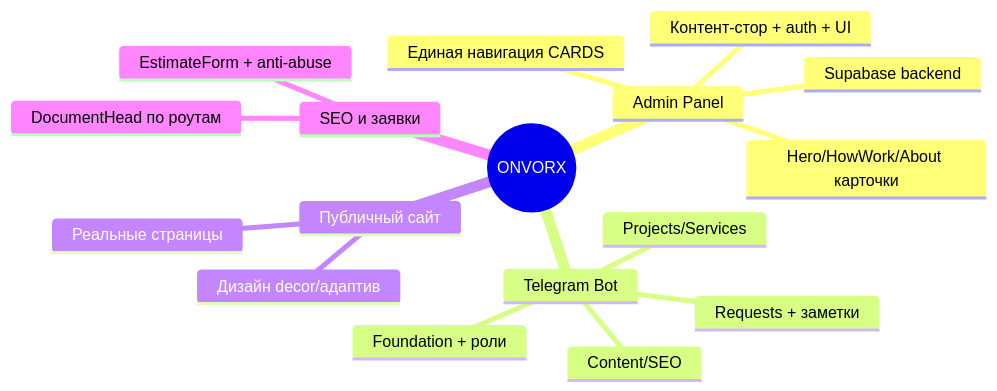
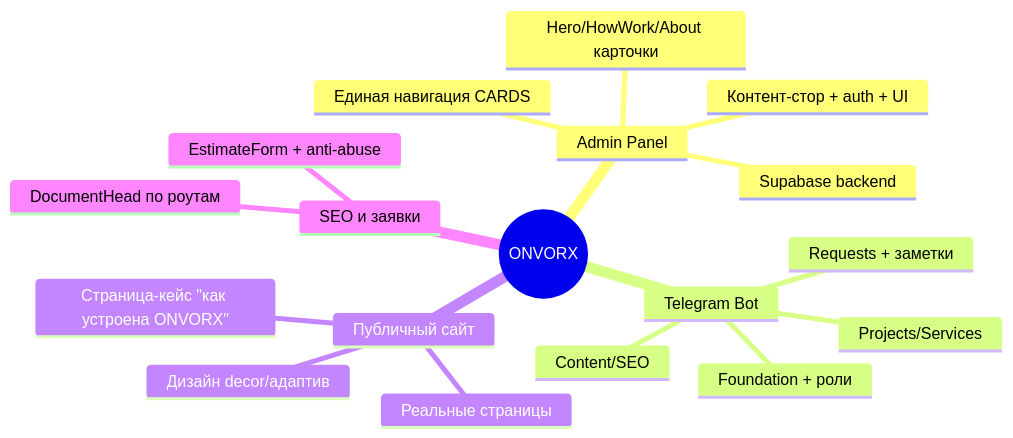
One commit to Tirok99/portfolio changed the diagram in onvorx/docs/PROJECT-MAP.md. Above: the diagram before and after it, drawn with Mermaid. The commit also changed other lines of this file, not shown here.

Commit message:
docs: track the ONVORX ecosystem case-study page as a pending item

````diff
--- a/onvorx/docs/PROJECT-MAP.md
+++ b/onvorx/docs/PROJECT-MAP.md
@@ -7,20 +7,21 @@
 ```mermaid
 mindmap
   root((ONVORX))
     Admin Panel
       Контент-стор + auth + UI
       Supabase backend
       Hero/HowWork/About карточки
       Единая навигация CARDS
     Telegram Bot
       Foundation + роли
       Content/SEO
       Projects/Services
       Requests + заметки
     Публичный сайт
       Дизайн decor/адаптив
       Реальные страницы
+      Страница-кейс "как устроена ONVORX"
     SEO и заявки
       DocumentHead по роутам
       EstimateForm + anti-abuse
 ```
````
